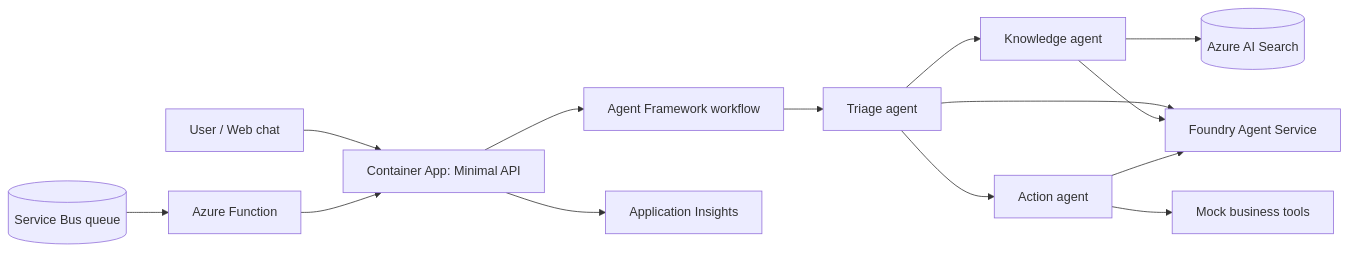
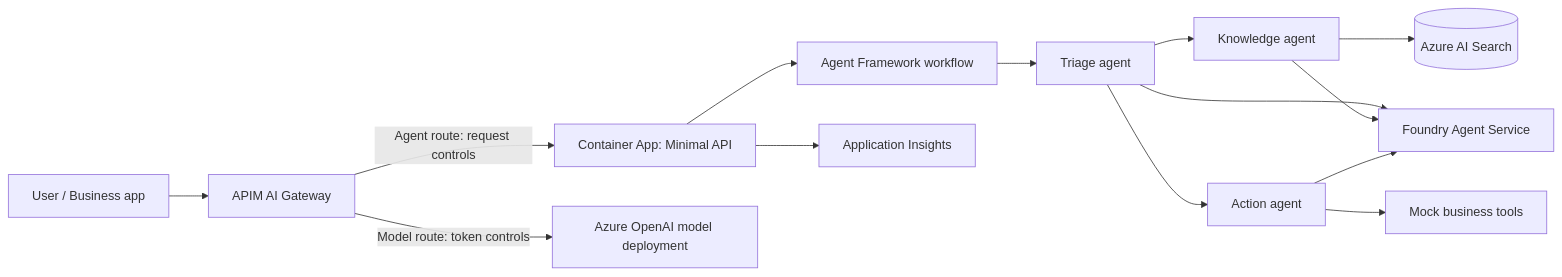
One commit to csajmishra/AI-Hack changed the diagram in event-plan/README.md. Above: the diagram before and after it, drawn with Mermaid. The commit also changed other lines of this file and 2 other files, not shown here.

First line of the commit message:
docs: replace messaging lab with AI Gateway

````diff
--- a/event-plan/README.md
+++ b/event-plan/README.md
@@ -45,13 +45,14 @@
 ```mermaid
 flowchart LR
-    U[User / Web chat] --> API[Container App: Minimal API]
-    Q[(Service Bus queue)] --> FN[Azure Function] --> API
+    U[User / Business app] --> GW[APIM AI Gateway]
+    GW -->|Agent route: request controls| API[Container App: Minimal API]
+    GW -->|Model route: token controls| Model[Azure OpenAI model deployment]
     API --> WF[Agent Framework workflow]
     WF --> T[Triage agent]
     T --> K[Knowledge agent]
     T --> A[Action agent]
     K --> S[(Azure AI Search)]
     A --> M[Mock business tools]
     T & K & A --> F[Foundry Agent Service]
     API --> AI[Application Insights]
 ```
````
